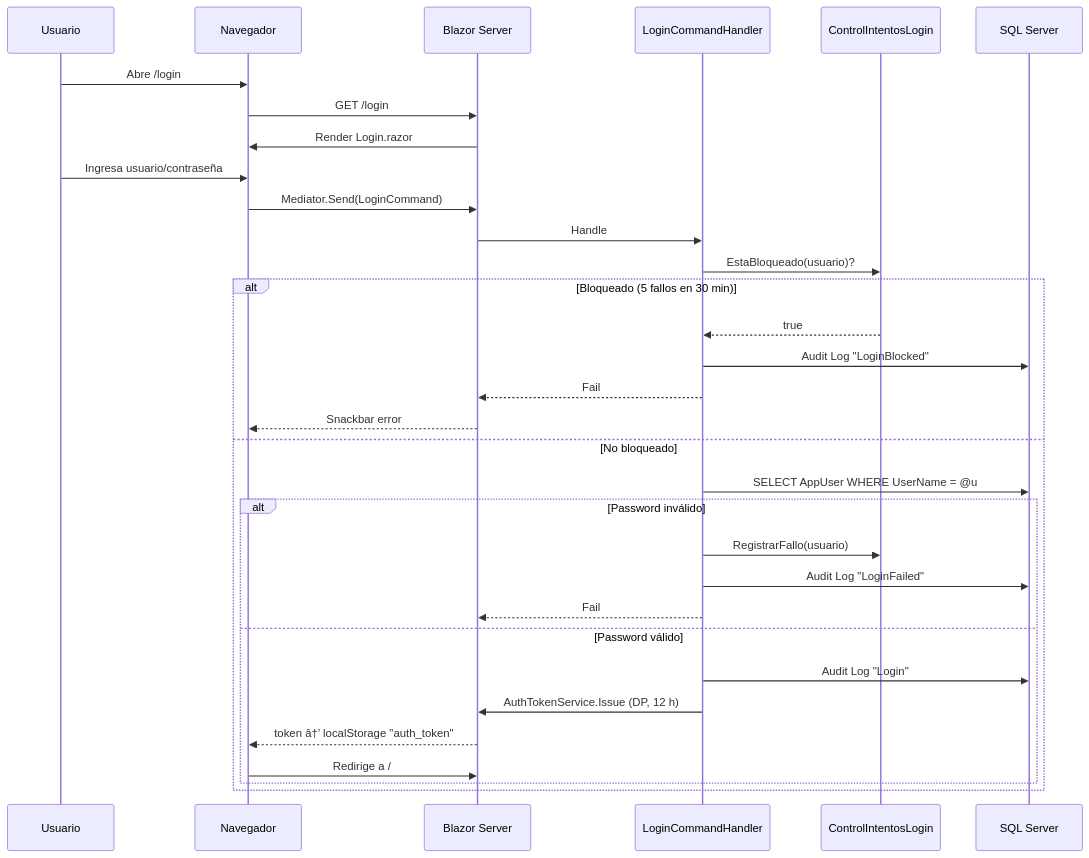
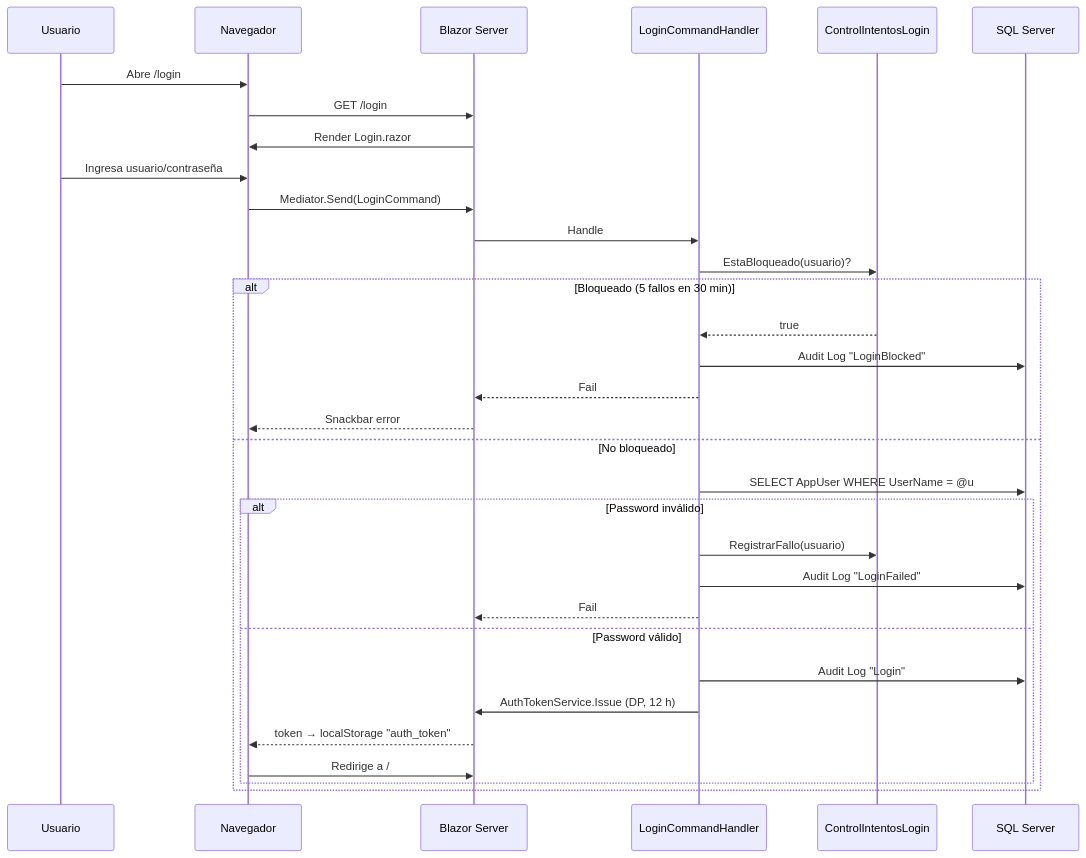
One commit to adrian-silva-uy/guarino changed the second of 11 diagrams in docs/diagramas.md. Above: the diagram before and after it, drawn with Mermaid. The commit also changed other lines of this file, not shown here.

Commit message:
Fix: corrige mojibake (Â¿ -> ¿) en diagrama 'Flujo de filtro IA por rol' y verifica todos los .md

````diff
--- a/docs/diagramas.md
+++ b/docs/diagramas.md
@@ -54,35 +54,35 @@
 ```mermaid
 sequenceDiagram
     participant U as Usuario
     participant B as Navegador
     participant W as Blazor Server
     participant L as LoginCommandHandler
     participant CI as ControlIntentosLogin
     participant DB as SQL Server
 
     U->>B: Abre /login
     B->>W: GET /login
     W->>B: Render Login.razor
     U->>B: Ingresa usuario/contraseña
     B->>W: Mediator.Send(LoginCommand)
     W->>L: Handle
     L->>CI: EstaBloqueado(usuario)?
     alt Bloqueado (5 fallos en 30 min)
         CI-->>L: true
         L->>DB: Audit Log "LoginBlocked"
         L-->>W: Fail
         W-->>B: Snackbar error
     else No bloqueado
         L->>DB: SELECT AppUser WHERE UserName = @u
         alt Password inválido
             L->>CI: RegistrarFallo(usuario)
             L->>DB: Audit Log "LoginFailed"
             L-->>W: Fail
         else Password válido
             L->>DB: Audit Log "Login"
             L->>W: AuthTokenService.Issue (DP, 12 h)
-            W-->>B: token â†’ localStorage "auth_token"
+            W-->>B: token → localStorage "auth_token"
             B->>W: Redirige a /
         end
     end
 ```
````
